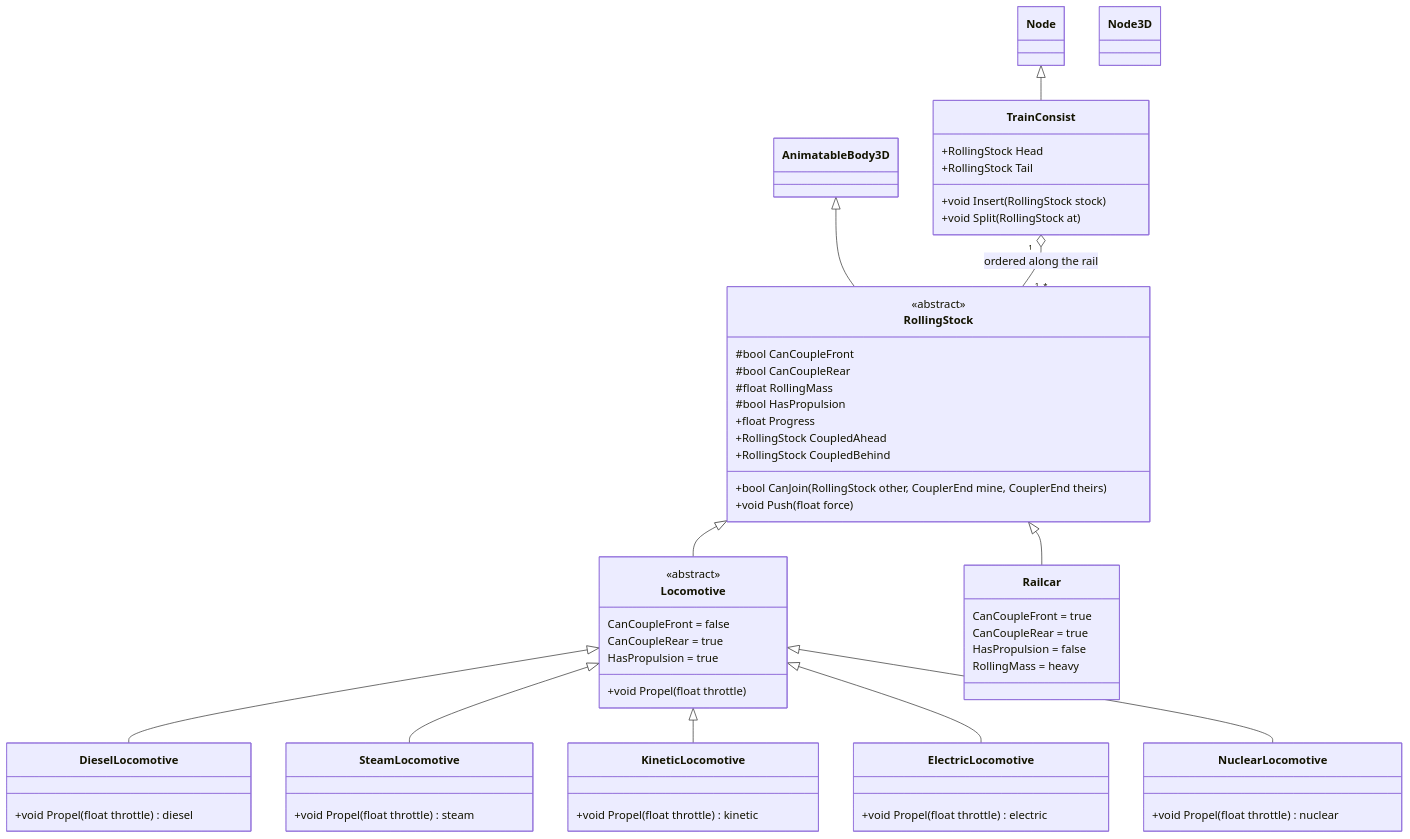
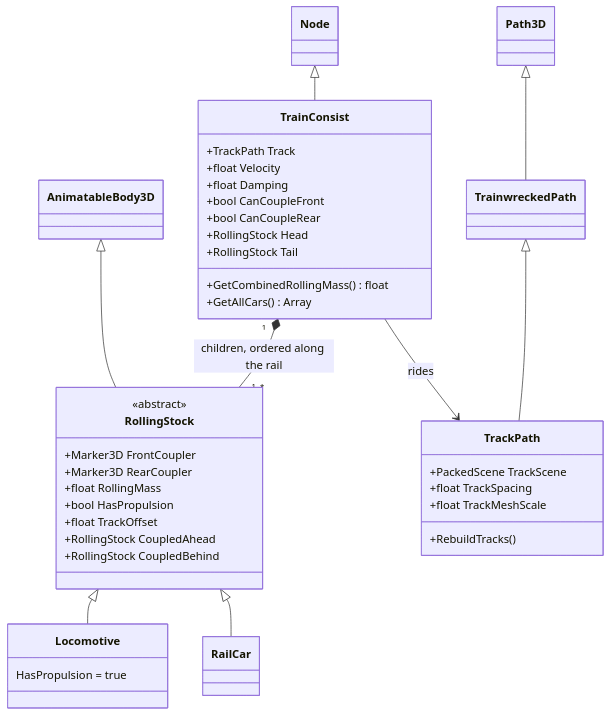
Before and after one commit to itsung26/Trainwrecked: the diagram in concept/train_class_design.md, drawn with Mermaid. The commit also changed other lines of this file and 4 other files, not shown here.

Commit message:
refactor TrainConsist.cs

````diff
--- a/concept/train_class_design.md
+++ b/concept/train_class_design.md
@@ -5,67 +5,52 @@
 ```mermaid
 classDiagram
     class Node
-    class Node3D
+    class AnimatableBody3D
+    class Path3D
 
     class RollingStock {
         <<abstract>>
-        #bool CanCoupleFront
-        #bool CanCoupleRear
-        #float RollingMass
-        #bool HasPropulsion
-        +float Progress
+        +Marker3D FrontCoupler
+        +Marker3D RearCoupler
+        +float RollingMass
+        +bool HasPropulsion
+        +float TrackOffset
         +RollingStock CoupledAhead
         +RollingStock CoupledBehind
-        +bool CanJoin(RollingStock other, CouplerEnd mine, CouplerEnd theirs)
-        +void Push(float force)
     }
 
     class Locomotive {
-        <<abstract>>
-        CanCoupleFront = false
-        CanCoupleRear = true
         HasPropulsion = true
-        +void Propel(float throttle)
     }
 
-    class DieselLocomotive {
-        +void Propel(float throttle) diesel
-    }
-    class SteamLocomotive {
-        +void Propel(float throttle) steam
-    }
-    class KineticLocomotive {
-        +void Propel(float throttle) kinetic
-    }
-    class ElectricLocomotive {
-        +void Propel(float throttle) electric
-    }
-    class NuclearLocomotive {
-        +void Propel(float throttle) nuclear
-    }
-
-    class Railcar {
-        CanCoupleFront = true
-        CanCoupleRear = true
-        HasPropulsion = false
-        RollingMass = heavy
+    class RailCar {
     }
 
     class TrainConsist {
+        +TrackPath Track
+        +float Velocity
+        +float Damping
+        +bool CanCoupleFront
+        +bool CanCoupleRear
         +RollingStock Head
         +RollingStock Tail
-        +void Insert(RollingStock stock)
-        +void Split(RollingStock at)
+        +GetCombinedRollingMass() float
+        +GetAllCars() Array
+    }
+
+    class TrackPath {
+        +PackedScene TrackScene
+        +float TrackSpacing
+        +float TrackMeshScale
+        +RebuildTracks()
     }
 
     AnimatableBody3D <|-- RollingStock
     RollingStock <|-- Locomotive
-    RollingStock <|-- Railcar
-    Locomotive <|-- DieselLocomotive
-    Locomotive <|-- SteamLocomotive
-    Locomotive <|-- KineticLocomotive
-    Locomotive <|-- ElectricLocomotive
-    Locomotive <|-- NuclearLocomotive
+    RollingStock <|-- RailCar
     Node <|-- TrainConsist
-    TrainConsist "1" o-- "1..*" RollingStock : ordered along the rail
+    Path3D <|-- TrainwreckedPath
+    TrainwreckedPath <|-- TrackPath
+    TrainConsist "1" *-- "1..*" RollingStock : children, ordered along the rail
+    TrainConsist --> TrackPath : rides
 ```
````
